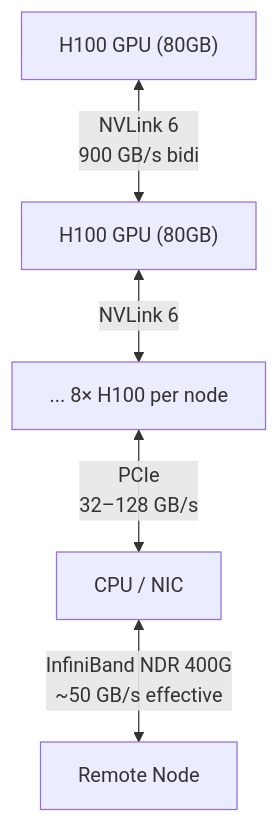
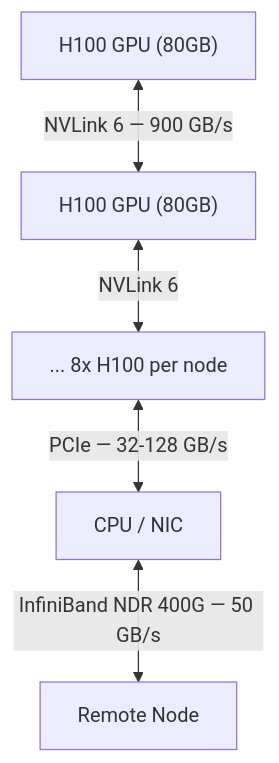
The second of 2 diagrams in md_book/ch07_distributed_training.md (adiel2012/gpt-model-training), drawn with Mermaid before and after one commit. The commit also changed other lines of this file and 3 other files, not shown here.

````diff
--- a/md_book/ch07_distributed_training.md
+++ b/md_book/ch07_distributed_training.md
@@ -154,7 +154,7 @@
 ```mermaid
 graph TD
-    A["H100 GPU (80GB)"] <-->|"NVLink 6\n900 GB/s bidi"| B["H100 GPU (80GB)"]
-    B <-->|"NVLink 6"| C["... 8× H100 per node"]
-    C <-->|"PCIe\n32–128 GB/s"| D["CPU / NIC"]
-    D <-->|"InfiniBand NDR 400G\n~50 GB/s effective"| E["Remote Node"]
+    A["H100 GPU (80GB)"] <-->|"NVLink 6 — 900 GB/s"| B["H100 GPU (80GB)"]
+    B <-->|"NVLink 6"| C["... 8x H100 per node"]
+    C <-->|"PCIe — 32-128 GB/s"| D["CPU / NIC"]
+    D <-->|"InfiniBand NDR 400G — 50 GB/s"| E["Remote Node"]
 ```
````
